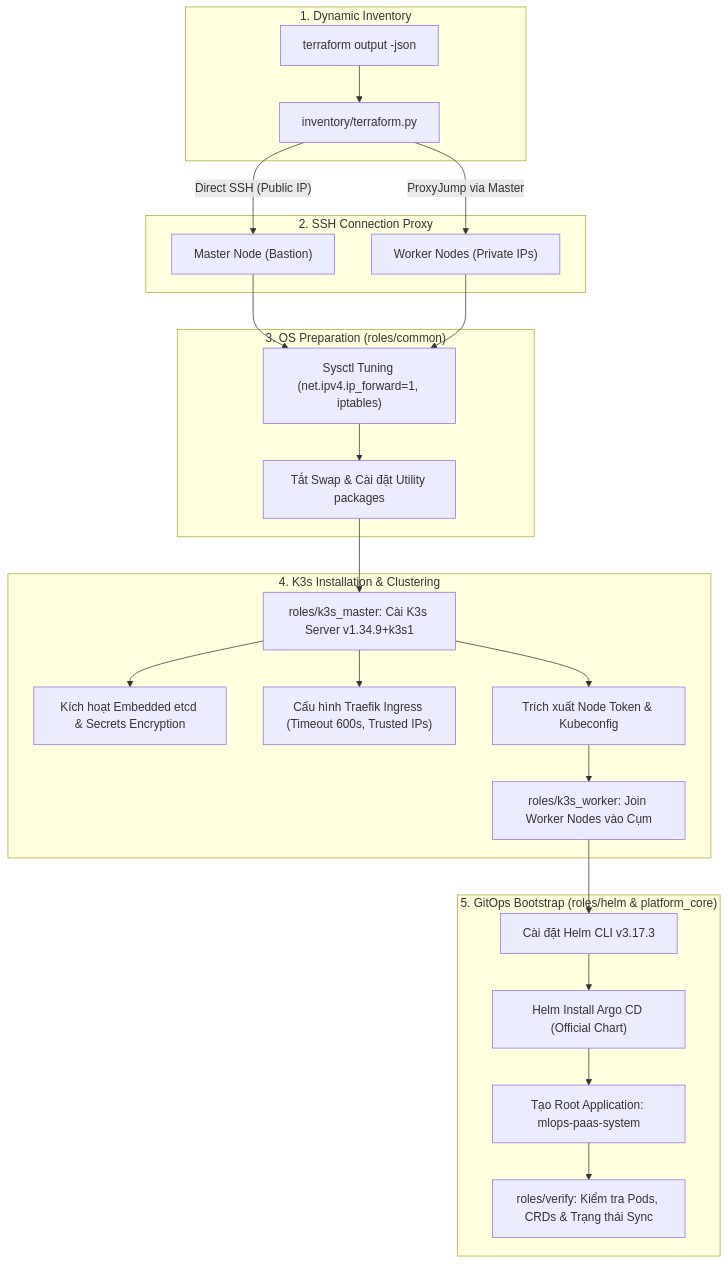
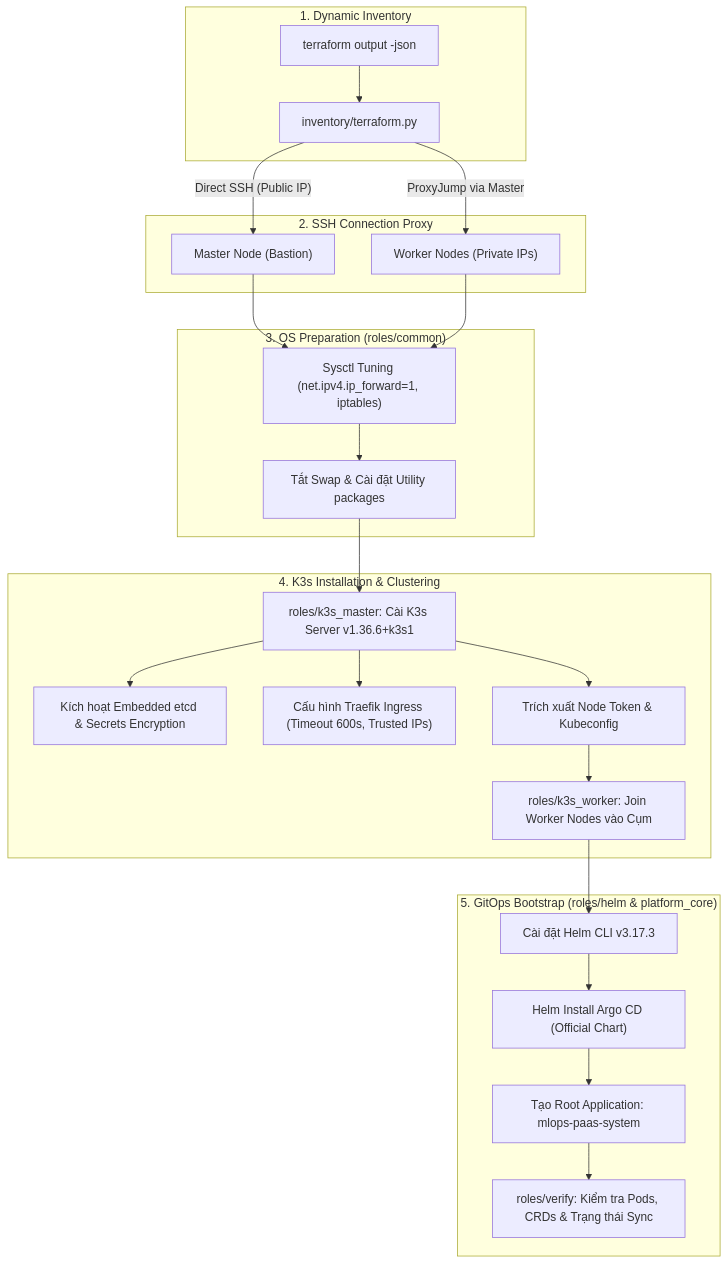
One commit to Viet-Hoang-2005/MLOps-paas-system changed the third of 8 diagrams in ARCHITECTURE.md. Above: the diagram before and after it, drawn with Mermaid. The commit also changed 6 other files, not shown here.

````diff
--- a/ARCHITECTURE.md
+++ b/ARCHITECTURE.md
@@ -125,33 +125,33 @@
 ```mermaid
 flowchart TD
     subgraph INVENTORY["1. Dynamic Inventory"]
         TF_OUT["terraform output -json"]
         DYN_SCRIPT["inventory/terraform.py"]
         TF_OUT --> DYN_SCRIPT
     end
 
     subgraph PROXY["2. SSH Connection Proxy"]
         DYN_SCRIPT -->|"Direct SSH (Public IP)"| SSH_MASTER["Master Node (Bastion)"]
         DYN_SCRIPT -->|"ProxyJump via Master"| SSH_WORKERS["Worker Nodes (Private IPs)"]
     end
 
     subgraph OS_PREP["3. OS Preparation (roles/common)"]
         SSH_MASTER & SSH_WORKERS --> SYSCTL["Sysctl Tuning (net.ipv4.ip_forward=1, iptables)"]
         SYSCTL --> SWAP["Tắt Swap & Cài đặt Utility packages"]
     end
 
     subgraph K3S_INIT["4. K3s Installation & Clustering"]
-        SWAP --> K3S_SERVER["roles/k3s_master: Cài K3s Server v1.34.9+k3s1"]
+        SWAP --> K3S_SERVER["roles/k3s_master: Cài K3s Server v1.36.6+k3s1"]
         K3S_SERVER --> ETCD["Kích hoạt Embedded etcd & Secrets Encryption"]
         K3S_SERVER --> TRAEFIK["Cấu hình Traefik Ingress (Timeout 600s, Trusted IPs)"]
         K3S_SERVER --> TOKEN["Trích xuất Node Token & Kubeconfig"]
         TOKEN --> K3S_AGENT["roles/k3s_worker: Join Worker Nodes vào Cụm"]
     end
 
     subgraph GITOPS_CORE["5. GitOps Bootstrap (roles/helm & platform_core)"]
         K3S_AGENT --> HELM["Cài đặt Helm CLI v3.17.3"]
         HELM --> ARGOCD_INSTALL["Helm Install Argo CD (Official Chart)"]
         ARGOCD_INSTALL --> ROOT_APP["Tạo Root Application: mlops-paas-system"]
         ROOT_APP --> VERIFY["roles/verify: Kiểm tra Pods, CRDs & Trạng thái Sync"]
     end
 ```
````
